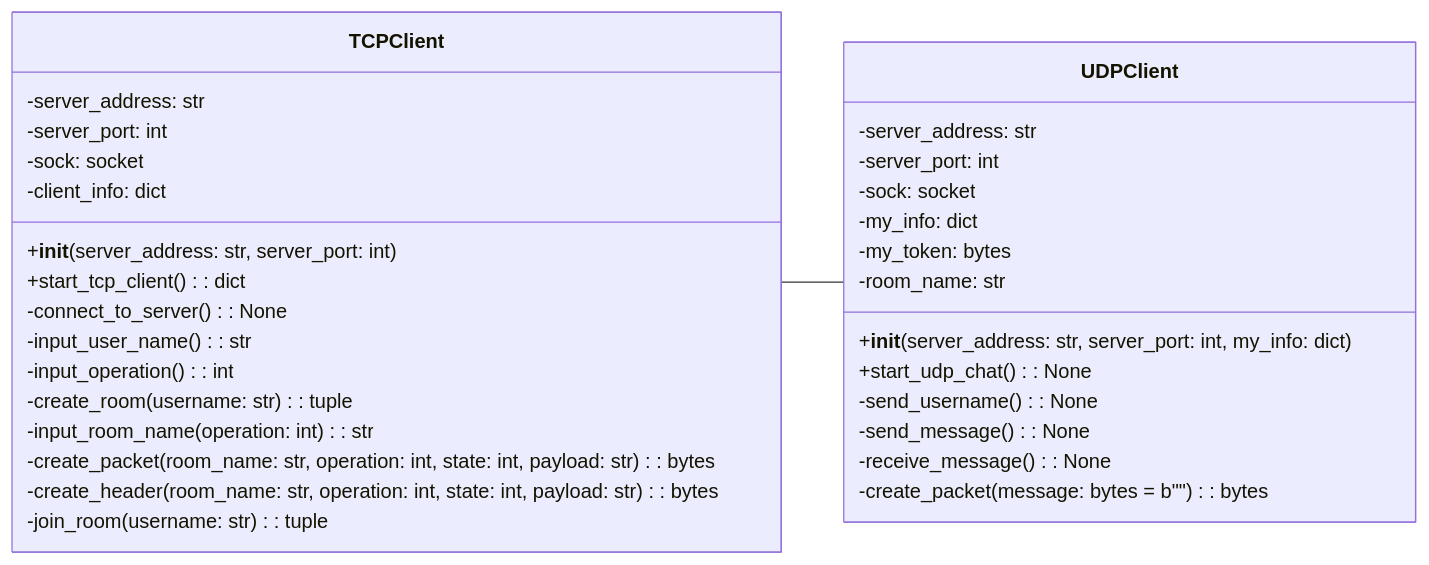
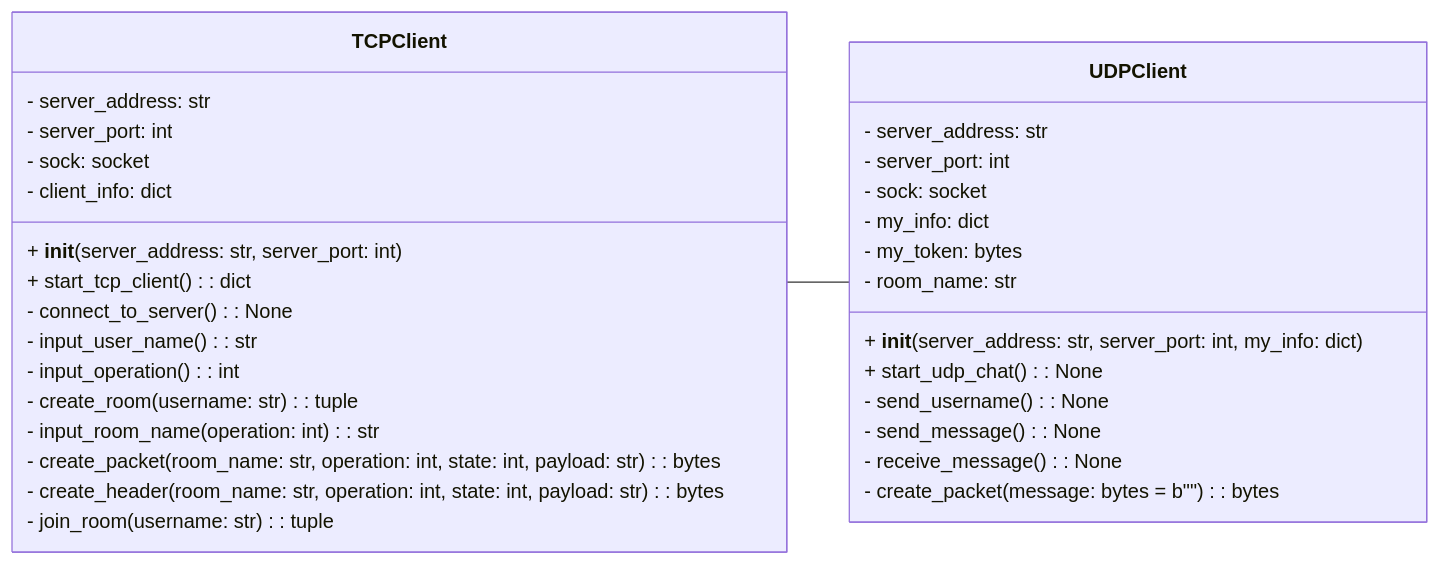
One commit to BackendExplorer/Multi-User-Chat-App changed the second of 3 diagrams in README.md. Above: the diagram before and after it, drawn with Mermaid. The commit also changed other lines of this file, not shown here.

````diff
--- a/README.md
+++ b/README.md
@@ -112,38 +113,38 @@
 ```mermaid
 classDiagram
-    direction LR
+direction LR
 
-    TCPClient -- UDPClient
+TCPClient -- UDPClient
 
-    class TCPClient {
-        -server_address: str
-        -server_port: int
-        -sock: socket
-        -client_info: dict
-        +__init__(server_address: str, server_port: int)
-        +start_tcp_client(): dict
-        -connect_to_server(): None
-        -input_user_name(): str
-        -input_operation(): int
-        -create_room(username: str): tuple
-        -input_room_name(operation: int): str
-        -create_packet(room_name: str, operation: int, state: int, payload: str): bytes
-        -create_header(room_name: str, operation: int, state: int, payload: str): bytes
-        -join_room(username: str): tuple
-    }
+class TCPClient {
+    - server_address: str
+    - server_port: int
+    - sock: socket
+    - client_info: dict
+    + __init__(server_address: str, server_port: int)
+    + start_tcp_client(): dict
+    - connect_to_server(): None
+    - input_user_name(): str
+    - input_operation(): int
+    - create_room(username: str): tuple
+    - input_room_name(operation: int): str
+    - create_packet(room_name: str, operation: int, state: int, payload: str): bytes
+    - create_header(room_name: str, operation: int, state: int, payload: str): bytes
+    - join_room(username: str): tuple
+}
 
-    class UDPClient {
-        -server_address: str
-        -server_port: int
-        -sock: socket
-        -my_info: dict
-        -my_token: bytes
-        -room_name: str
-        +__init__(server_address: str, server_port: int, my_info: dict)
-        +start_udp_chat(): None
-        -send_username(): None
-        -send_message(): None
-        -receive_message(): None
-        -create_packet(message: bytes = b"" ): bytes
-    }
+class UDPClient {
+    - server_address: str
+    - server_port: int
+    - sock: socket
+    - my_info: dict
+    - my_token: bytes
+    - room_name: str
+    + __init__(server_address: str, server_port: int, my_info: dict)
+    + start_udp_chat(): None
+    - send_username(): None
+    - send_message(): None
+    - receive_message(): None
+    - create_packet(message: bytes = b"" ): bytes
+}
 ```
````
